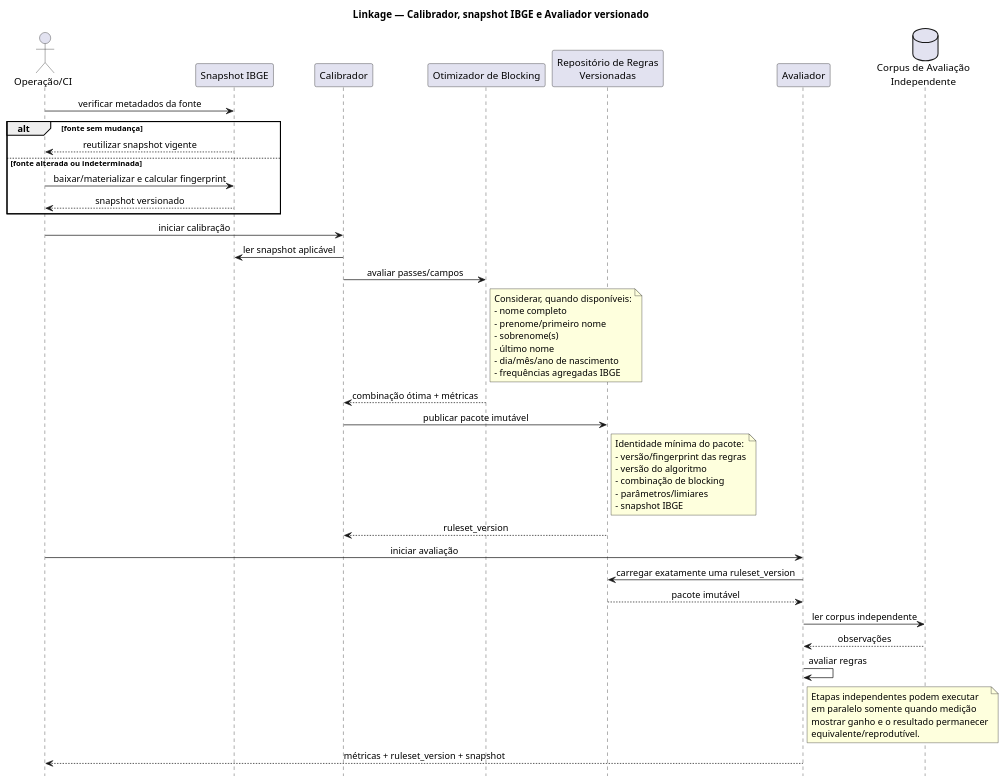
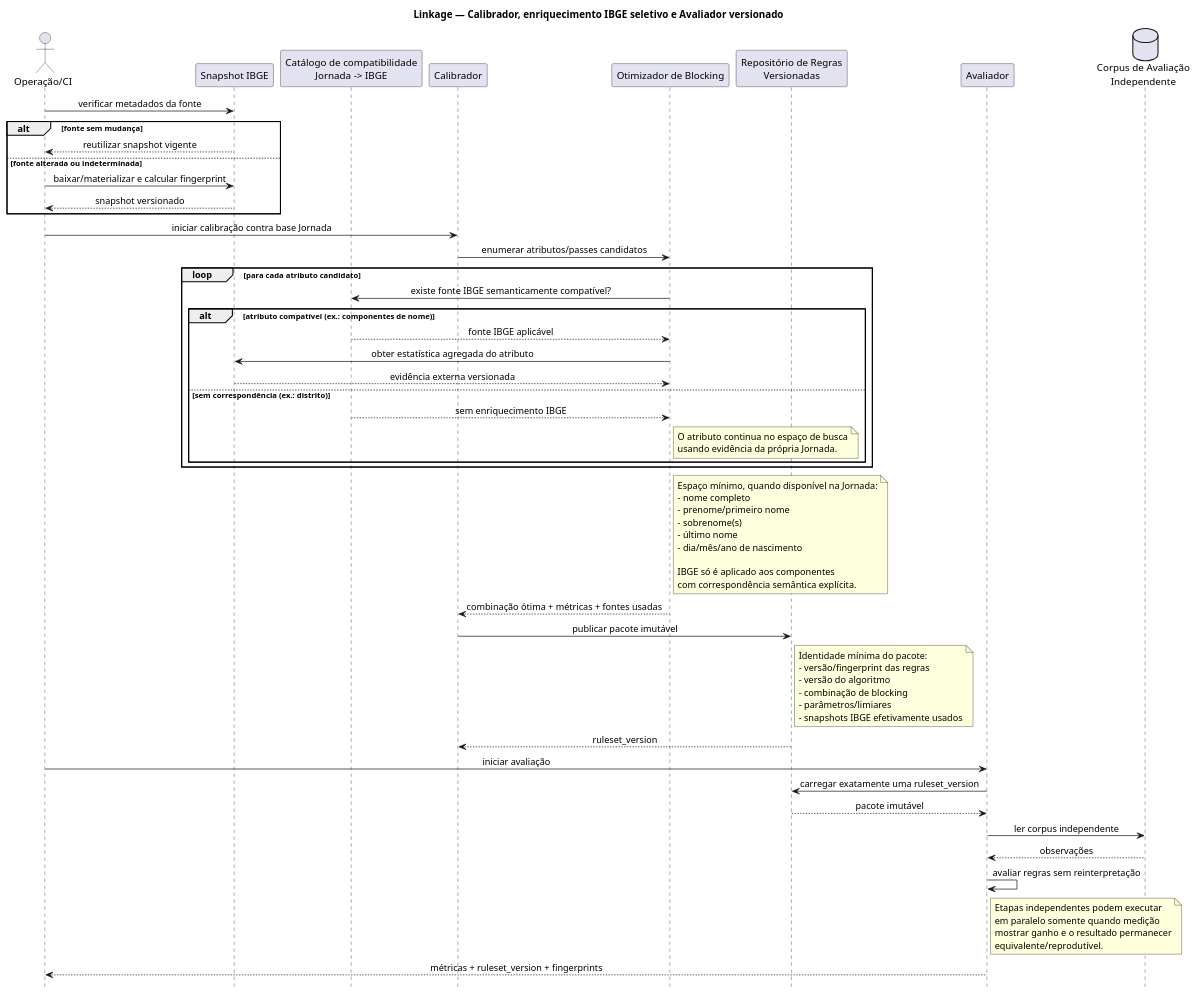
Before and after one commit to lucianox777/Jornada: the diagram in Solution/docs/uml/Linkage_Calibrador_Avaliador_IBGE.puml, drawn with PlantUML.

Commit message:
docs(uml): explicita enriquecimento IBGE seletivo por atributo

```diff
--- a/Solution/docs/uml/Linkage_Calibrador_Avaliador_IBGE.puml
+++ b/Solution/docs/uml/Linkage_Calibrador_Avaliador_IBGE.puml
@@ -1,62 +1,78 @@
 @startuml
 ' UML sequence diagram — Calibrador/Avaliador/IBGE
 hide footbox
 skinparam sequenceMessageAlign center
 
-title Linkage — Calibrador, snapshot IBGE e Avaliador versionado
+title Linkage — Calibrador, enriquecimento IBGE seletivo e Avaliador versionado
 
 actor "Operação/CI" as Ops
 participant "Snapshot IBGE" as IbgeSnapshot
+participant "Catálogo de compatibilidade\nJornada -> IBGE" as IbgeCatalog
 participant "Calibrador" as Calibrator
 participant "Otimizador de Blocking" as Optimizer
 participant "Repositório de Regras\nVersionadas" as Rules
 participant "Avaliador" as Evaluator
 database "Corpus de Avaliação\nIndependente" as EvalCorpus
 
 Ops -> IbgeSnapshot : verificar metadados da fonte
 alt fonte sem mudança
   IbgeSnapshot --> Ops : reutilizar snapshot vigente
 else fonte alterada ou indeterminada
   Ops -> IbgeSnapshot : baixar/materializar e calcular fingerprint
   IbgeSnapshot --> Ops : snapshot versionado
 end
 
-Ops -> Calibrator : iniciar calibração
-Calibrator -> IbgeSnapshot : ler snapshot aplicável
-Calibrator -> Optimizer : avaliar passes/campos
+Ops -> Calibrator : iniciar calibração contra base Jornada
+Calibrator -> Optimizer : enumerar atributos/passes candidatos
+loop para cada atributo candidato
+  Optimizer -> IbgeCatalog : existe fonte IBGE semanticamente compatível?
+  alt atributo compatível (ex.: componentes de nome)
+    IbgeCatalog --> Optimizer : fonte IBGE aplicável
+    Optimizer -> IbgeSnapshot : obter estatística agregada do atributo
+    IbgeSnapshot --> Optimizer : evidência externa versionada
+  else sem correspondência (ex.: distrito)
+    IbgeCatalog --> Optimizer : sem enriquecimento IBGE
+    note right of Optimizer
+      O atributo continua no espaço de busca
+      usando evidência da própria Jornada.
+    end note
+  end
+end
 note right of Optimizer
-Considerar, quando disponíveis:
+Espaço mínimo, quando disponível na Jornada:
 - nome completo
 - prenome/primeiro nome
 - sobrenome(s)
 - último nome
 - dia/mês/ano de nascimento
-- frequências agregadas IBGE
+
+IBGE só é aplicado aos componentes
+com correspondência semântica explícita.
 end note
-Optimizer --> Calibrator : combinação ótima + métricas
+Optimizer --> Calibrator : combinação ótima + métricas + fontes usadas
 Calibrator -> Rules : publicar pacote imutável
 note right of Rules
 Identidade mínima do pacote:
 - versão/fingerprint das regras
 - versão do algoritmo
 - combinação de blocking
 - parâmetros/limiares
-- snapshot IBGE
+- snapshots IBGE efetivamente usados
 end note
 Rules --> Calibrator : ruleset_version
 
 Ops -> Evaluator : iniciar avaliação
 Evaluator -> Rules : carregar exatamente uma ruleset_version
 Rules --> Evaluator : pacote imutável
 Evaluator -> EvalCorpus : ler corpus independente
 EvalCorpus --> Evaluator : observações
-Evaluator -> Evaluator : avaliar regras
+Evaluator -> Evaluator : avaliar regras sem reinterpretação
 note right of Evaluator
 Etapas independentes podem executar
 em paralelo somente quando medição
 mostrar ganho e o resultado permanecer
 equivalente/reprodutível.
 end note
-Evaluator --> Ops : métricas + ruleset_version + snapshot
+Evaluator --> Ops : métricas + ruleset_version + fingerprints
 
 @enduml
```
